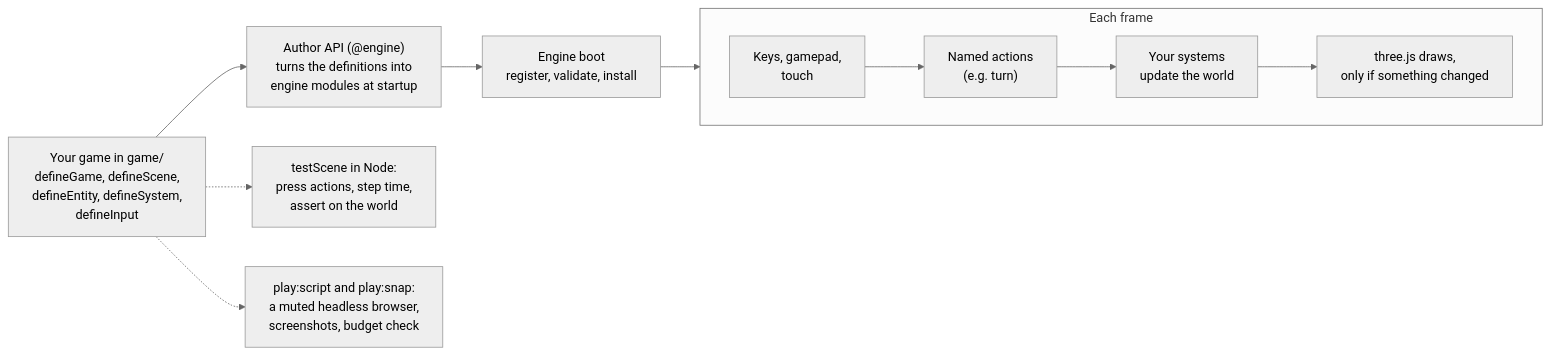
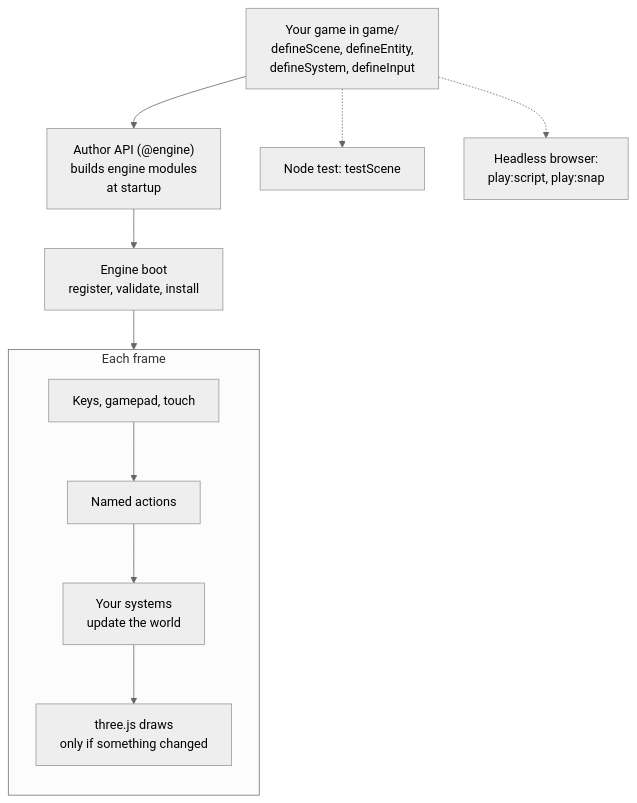
The diagram in README.md (Akilleez-QA/foundation-engine), drawn with Mermaid (neutral theme) before and after one commit. The commit also changed other lines of this file and 1 other file, not shown here.

Commit message:
docs: draw the README flow top-down so GitHub renders it legibly
Wide LR Mermaid diagrams render about 180 px tall on GitHub. The detail
that was on the side nodes moves into the paragraph under the diagram.

````diff
--- a/README.md
+++ b/README.md
@@ -30,13 +30,15 @@
 ```mermaid
-flowchart LR
-  code["Your game in game/<br/>defineGame, defineScene,<br/>defineEntity, defineSystem,<br/>defineInput"]
-  code --> author["Author API (@engine)<br/>turns the definitions into<br/>engine modules at startup"]
+flowchart TD
+  code["Your game in game/<br/>defineScene, defineEntity,<br/>defineSystem, defineInput"]
+  code --> author["Author API (@engine)<br/>builds engine modules<br/>at startup"]
   author --> boot["Engine boot<br/>register, validate, install"]
   boot --> frame
   subgraph frame["Each frame"]
-    direction LR
-    keys["Keys, gamepad,<br/>touch"] --> actions["Named actions<br/>(e.g. turn)"] --> systems["Your systems<br/>update the world"] --> draw["three.js draws,<br/>only if something changed"]
+    direction TB
+    keys["Keys, gamepad, touch"] --> actions["Named actions"]
+    actions --> systems["Your systems<br/>update the world"]
+    systems --> draw["three.js draws<br/>only if something changed"]
   end
-  code -.-> unit["testScene in Node:<br/>press actions, step time,<br/>assert on the world"]
-  code -.-> browser["play:script and play:snap:<br/>a muted headless browser,<br/>screenshots, budget check"]
+  code -.-> unit["Node test: testScene"]
+  code -.-> browser["Headless browser:<br/>play:script, play:snap"]
 ```
````
